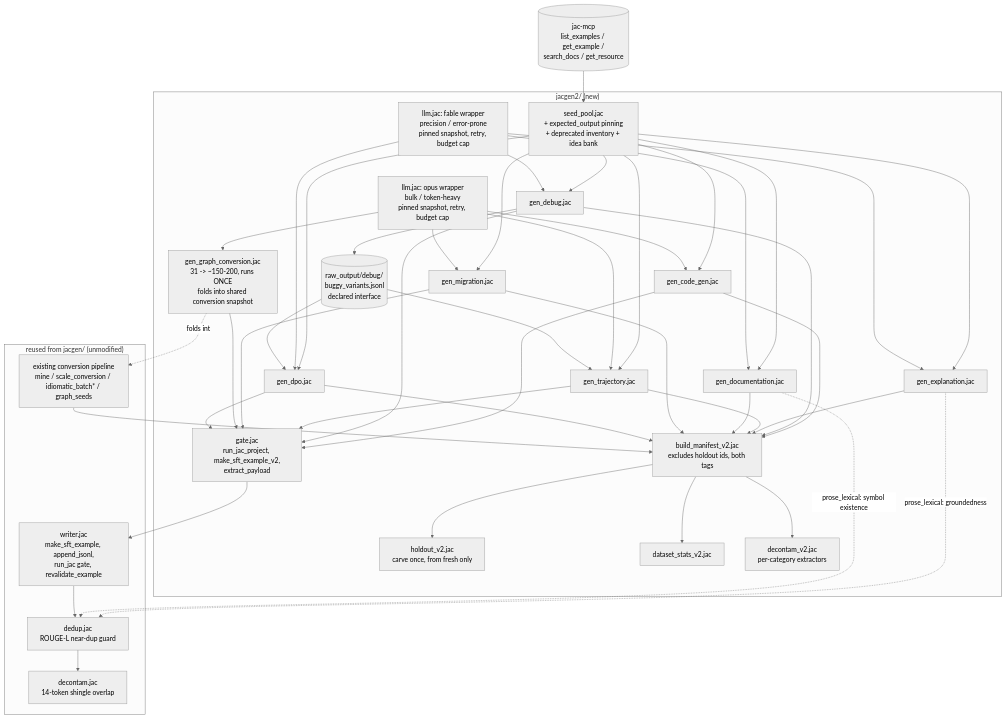
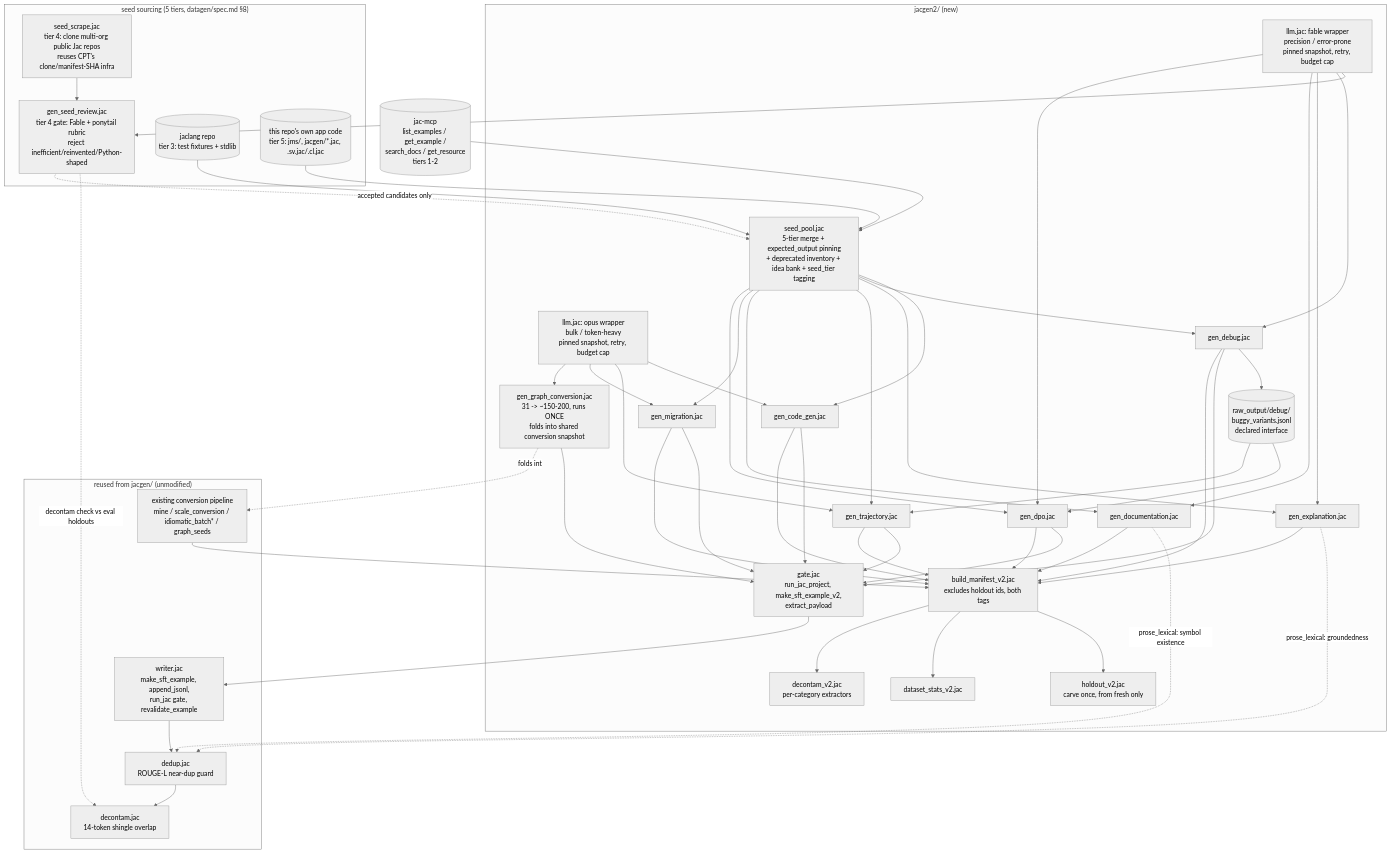
Before and after one commit to jaseci-labs/Jac_Model_Experiments: the first of 3 diagrams in 04-cpt-sft/docs/datagen/workflow.md, drawn with Mermaid (neutral theme). The commit also changed other lines of this file and 3 other files, not shown here.

First line of the commit message:
docs: 04-cpt-sft — expand seed sourcing to 5 tiers, add ponytail build discipline

```diff
--- a/04-cpt-sft/docs/datagen/workflow.md
+++ b/04-cpt-sft/docs/datagen/workflow.md
@@ -15,8 +15,15 @@
         convpipe[existing conversion pipeline<br/>mine / scale_conversion / idiomatic_batch* / graph_seeds]
     end
 
+    subgraph seedtiers["seed sourcing (5 tiers, datagen/spec.md §8)"]
+        scrape[seed_scrape.jac<br/>tier 4: clone multi-org public Jac repos<br/>reuses CPT's clone/manifest-SHA infra]
+        seedreview[gen_seed_review.jac<br/>tier 4 gate: Fable + ponytail rubric<br/>reject inefficient/reinvented/Python-shaped]
+        jaclangrepo[(jaclang repo<br/>tier 3: test fixtures + stdlib)]
+        selfcode[(this repo's own app code<br/>tier 5: jms/, jacgen/*.jac, .sv.jac/.cl.jac)]
+    end
+
     subgraph new["jacgen2/ (new)"]
-        seedpool[seed_pool.jac<br/>+ expected_output pinning<br/>+ deprecated inventory + idea bank]
+        seedpool[seed_pool.jac<br/>5-tier merge + expected_output pinning<br/>+ deprecated inventory + idea bank + seed_tier tagging]
         llmopus[llm.jac: opus wrapper<br/>bulk / token-heavy<br/>pinned snapshot, retry, budget cap]
         llmfable[llm.jac: fable wrapper<br/>precision / error-prone<br/>pinned snapshot, retry, budget cap]
         gatejac[gate.jac<br/>run_jac_project, make_sft_example_v2,<br/>extract_payload]
@@ -35,9 +42,16 @@
         decontamv2[decontam_v2.jac<br/>per-category extractors]
     end
 
-    mcp[(jac-mcp<br/>list_examples / get_example /<br/>search_docs / get_resource)]
+    mcp[(jac-mcp<br/>list_examples / get_example /<br/>search_docs / get_resource<br/>tiers 1-2)]
 
     mcp --> seedpool
+    jaclangrepo --> seedpool
+    selfcode --> seedpool
+    scrape --> seedreview
+    llmfable --> seedreview
+    seedreview -.decontam check vs eval holdouts.-> decontam
+    seedreview -.accepted candidates only.-> seedpool
+
     seedpool --> gencg
     seedpool --> gendbg
     seedpool --> genexp
```
